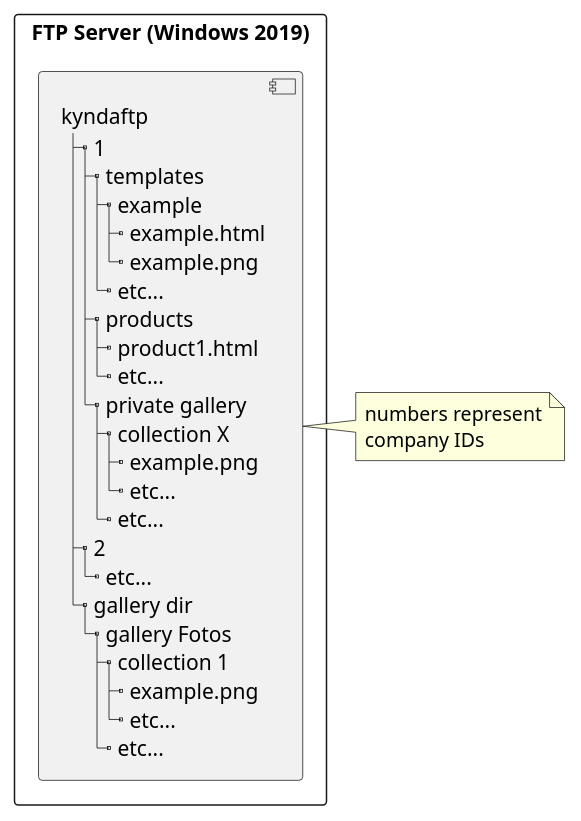
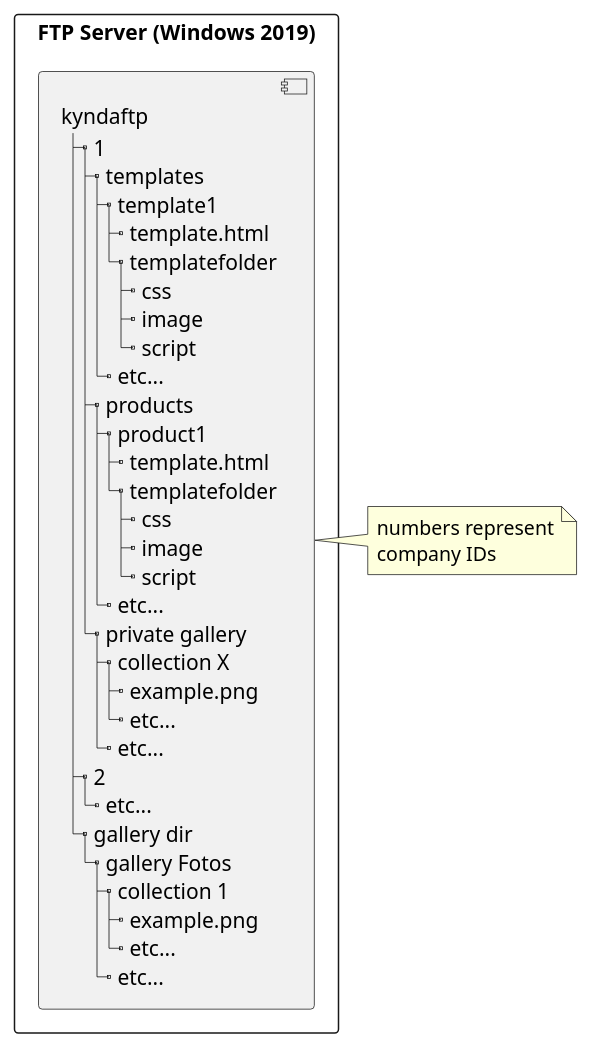
One commit to NielsPoldervaart/Project-C-Groep-4 changed the diagram in Diagrams (PlantUml)/FTPServerModel.plantuml. Above: the diagram before and after it, drawn with PlantUML.

Commit message:
new structure ftp

```diff
--- a/Diagrams (PlantUml)/FTPServerModel.plantuml
+++ b/Diagrams (PlantUml)/FTPServerModel.plantuml
@@ -1,33 +1,41 @@
 @startuml FTPServerModel
 rectangle "FTP Server (Windows 2019)" {
     component A [
         kyndaftp
         |_ 1
           |_ templates
-            |_ example
-              |_ example.html
-              |_ example.png
+            |_ template1
+              |_ template.html
+              |_ templatefolder
+                |_ css
+                |_ image
+                |_ script
             |_ etc...
           |_ products
-            |_ product1.html
+            |_ product1
+              |_ template.html
+              |_ templatefolder
+                |_ css
+                |_ image
+                |_ script
             |_ etc...
           |_ private gallery
             |_ collection X
               |_ example.png
               |_ etc...
             |_ etc...
         |_ 2
           |_ etc...
         |_ gallery dir
           |_ gallery Fotos
             |_ collection 1
               |_ example.png
               |_ etc...
             |_ etc...
     ]
 }
 note right of A
 numbers represent
 company IDs
 end note
 @enduml
```
